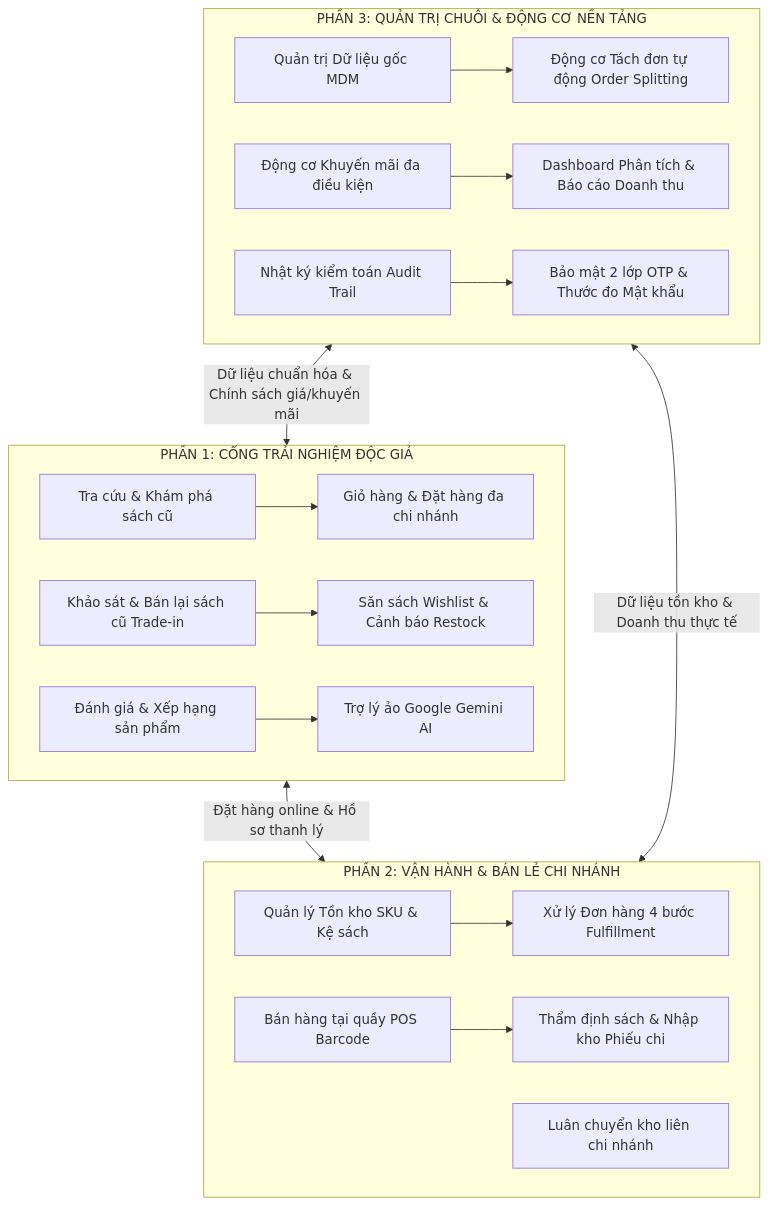
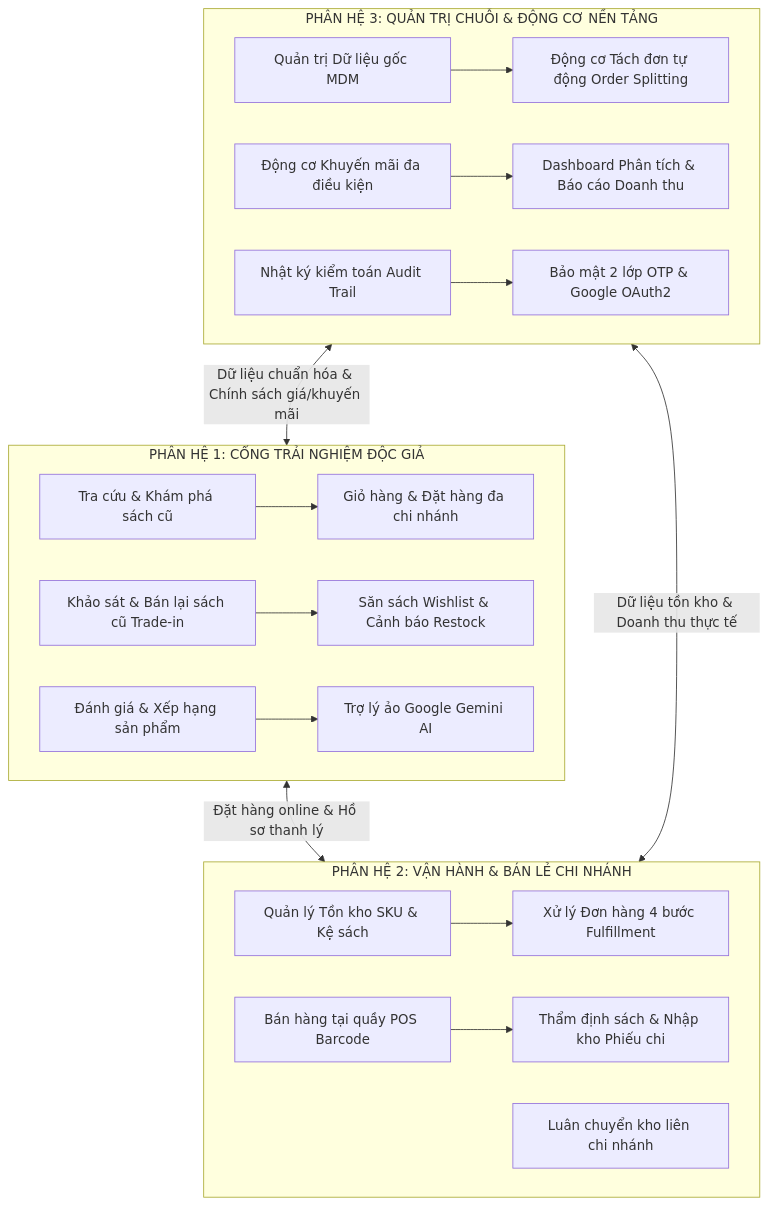
The diagram in NHOM_CHUC_NANG_HE_THONG.md (PhuSyTT/DA_LTW), drawn with Mermaid before and after one commit. The commit also changed other lines of this file, not shown here.

````diff
--- a/NHOM_CHUC_NANG_HE_THONG.md
+++ b/NHOM_CHUC_NANG_HE_THONG.md
@@ -37,24 +38,24 @@
 ```mermaid
 flowchart TD
-    subgraph P1 [PHẦN 1: CỔNG TRẢI NGHIỆM ĐỘC GIẢ]
+    subgraph P1 [PHÂN HỆ 1: CỔNG TRẢI NGHIỆM ĐỘC GIẢ]
         A1[Tra cứu & Khám phá sách cũ] --> A2[Giỏ hàng & Đặt hàng đa chi nhánh]
         A3[Khảo sát & Bán lại sách cũ Trade-in] --> A4[Săn sách Wishlist & Cảnh báo Restock]
         A5[Đánh giá & Xếp hạng sản phẩm] --> A6[Trợ lý ảo Google Gemini AI]
     end
 
-    subgraph P2 [PHẦN 2: VẬN HÀNH & BÁN LẺ CHI NHÁNH]
+    subgraph P2 [PHÂN HỆ 2: VẬN HÀNH & BÁN LẺ CHI NHÁNH]
         B1[Quản lý Tồn kho SKU & Kệ sách] --> B2[Xử lý Đơn hàng 4 bước Fulfillment]
         B3[Bán hàng tại quầy POS Barcode] --> B4[Thẩm định sách & Nhập kho Phiếu chi]
         B5[Luân chuyển kho liên chi nhánh]
     end
 
-    subgraph P3 [PHẦN 3: QUẢN TRỊ CHUỖI & ĐỘNG CƠ NỀN TẢNG]
+    subgraph P3 [PHÂN HỆ 3: QUẢN TRỊ CHUỖI & ĐỘNG CƠ NỀN TẢNG]
         C1[Quản trị Dữ liệu gốc MDM] --> C2[Động cơ Tách đơn tự động Order Splitting]
         C3[Động cơ Khuyến mãi đa điều kiện] --> C4[Dashboard Phân tích & Báo cáo Doanh thu]
-        C5[Nhật ký kiểm toán Audit Trail] --> C6[Bảo mật 2 lớp OTP & Thước đo Mật khẩu]
+        C5[Nhật ký kiểm toán Audit Trail] --> C6[Bảo mật 2 lớp OTP & Google OAuth2]
     end
 
     P1 <-->|Đặt hàng online & Hồ sơ thanh lý| P2
     P2 <-->|Dữ liệu tồn kho & Doanh thu thực tế| P3
     P3 <-->|Dữ liệu chuẩn hóa & Chính sách giá/khuyến mãi| P1
 ```
````
